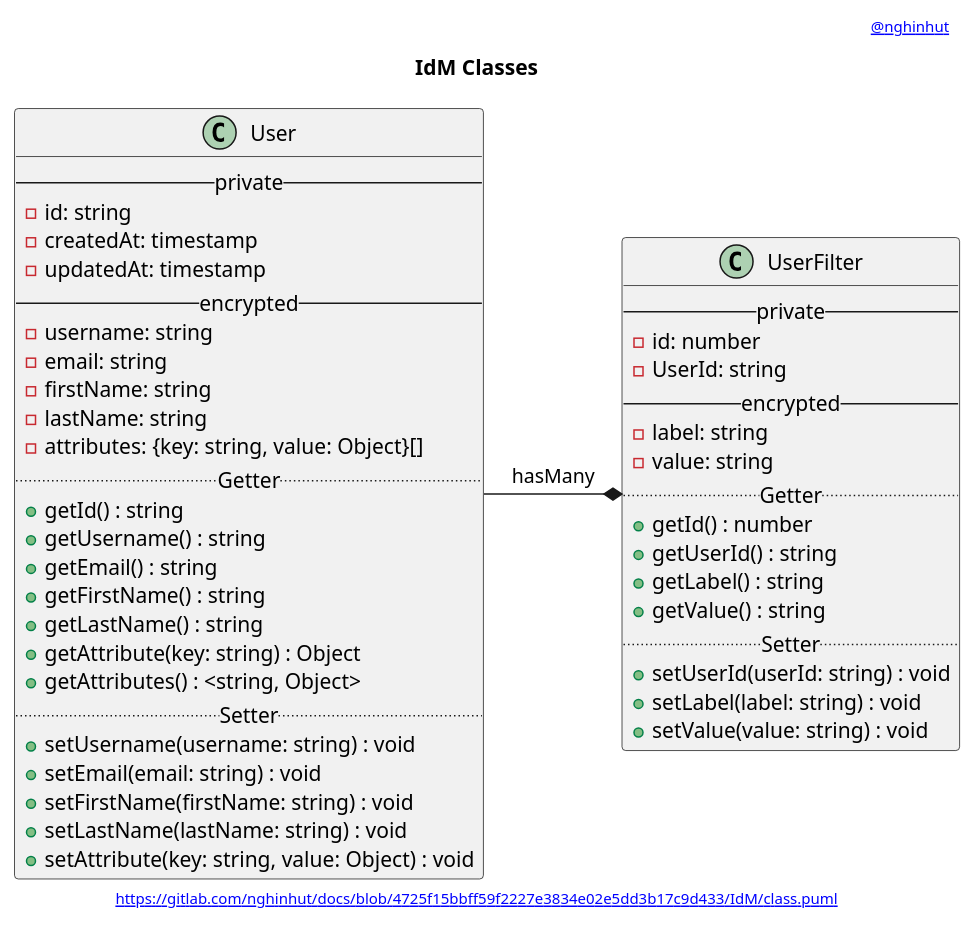
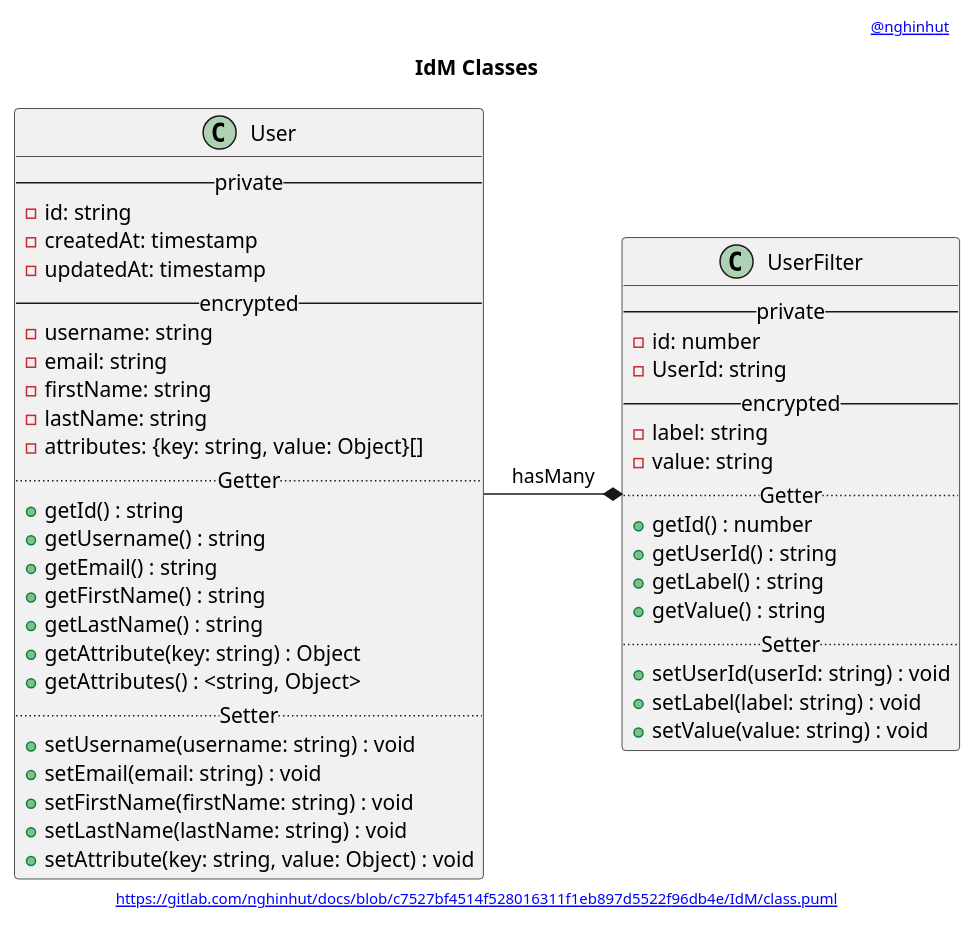
One commit to nghinhut/docs changed the diagram in IdM/class.puml. Above: the diagram before and after it, drawn with PlantUML. The commit also changed 17 other files, not shown here.

Commit message:
Update diagrams

```diff
--- a/IdM/class.puml
+++ b/IdM/class.puml
@@ -1,56 +1,56 @@
 @startuml
 '-----START auto generated metadata please keep comment here to allow auto update-----
 '-----DON'T EDIT THIS SECTION, INSTEAD RE-RUN prebuild.sh TO UPDATE-----
 header [[mailto:nghinhut@gmail.com @nghinhut]]
-footer [[http://www.plantuml.com/plantuml/proxy?fmt=svg&src=https://gitlab.com/nghinhut/docs/raw/4725f15bbff59f2227e3834e02e5dd3b17c9d433/IdM/class.puml https://gitlab.com/nghinhut/docs/blob/4725f15bbff59f2227e3834e02e5dd3b17c9d433/IdM/class.puml]]
+footer [[http://www.plantuml.com/plantuml/proxy?fmt=svg&src=https://gitlab.com/nghinhut/docs/raw/c7527bf4514f528016311f1eb897d5522f96db4e/IdM/class.puml https://gitlab.com/nghinhut/docs/blob/c7527bf4514f528016311f1eb897d5522f96db4e/IdM/class.puml]]
 '-----END auto generated metadata please keep comment here to allow auto update-----
 title IdM Classes
 
 class "User" as user {
     -- private --
     - id: string
     - createdAt: timestamp
     - updatedAt: timestamp
     -- encrypted --
     - username: string
     - email: string
     - firstName: string
     - lastName: string
     - attributes: {key: string, value: Object}[]
     .. Getter ..
     + getId() : string
     + getUsername() : string
     + getEmail() : string
     + getFirstName() : string
     + getLastName() : string
     + getAttribute(key: string) : Object
     + getAttributes() : <string, Object>
     .. Setter ..
     + setUsername(username: string) : void
     + setEmail(email: string) : void
     + setFirstName(firstName: string) : void
     + setLastName(lastName: string) : void
     + setAttribute(key: string, value: Object) : void
 }
 
 class "UserFilter" as user_filter {
     -- private --
     - id: number
     - UserId: string
     -- encrypted --
     - label: string
     - value: string
     .. Getter ..
     + getId() : number
     + getUserId() : string
     + getLabel() : string
     + getValue() : string
     .. Setter ..
     + setUserId(userId: string) : void
     + setLabel(label: string) : void
     + setValue(value: string) : void
 }
 
 user -* user_filter : hasMany
 
 @enduml
```
